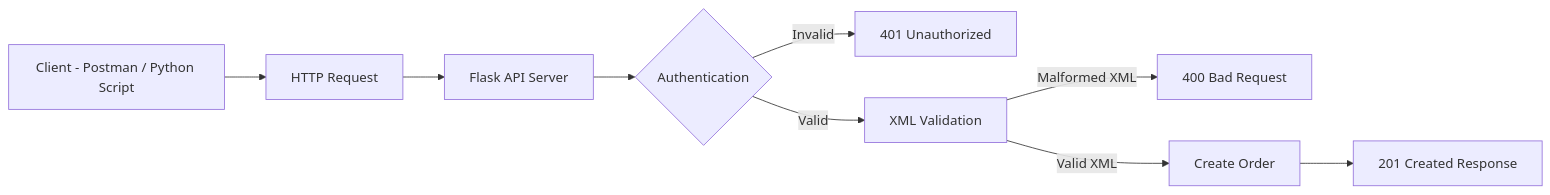
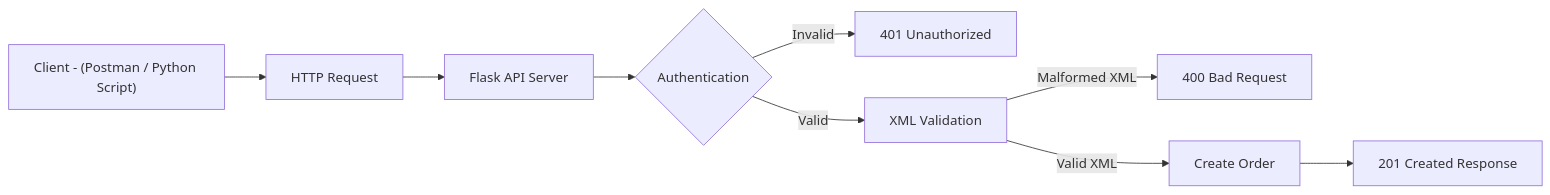
The diagram in docs/architecture.md (GregoryCarberry/api-troubleshooting-lab-backend), drawn with Mermaid before and after one commit.

Commit message:
docs: update backend architecture documentation

````diff
--- a/docs/architecture.md
+++ b/docs/architecture.md
@@ -3,20 +3,20 @@
 ```mermaid
 flowchart LR
 
-A[Client - Postman / Python Script]
+A[Client - #40;Postman / Python Script#41;]
 --> B[HTTP Request]
 
 B --> C[Flask API Server]
 
 C --> D{Authentication}
 
 D -->|Invalid| E[401 Unauthorized]
 
 D -->|Valid| F[XML Validation]
 
 F -->|Malformed XML| G[400 Bad Request]
 
 F -->|Valid XML| H[Create Order]
 
 H --> I[201 Created Response]
 ```
````
